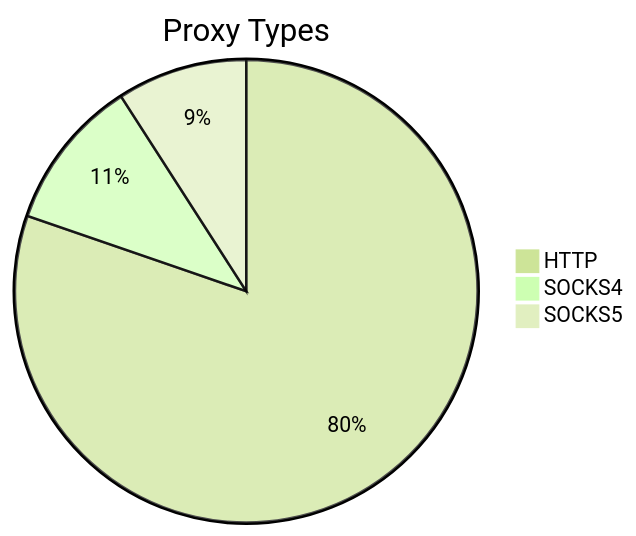
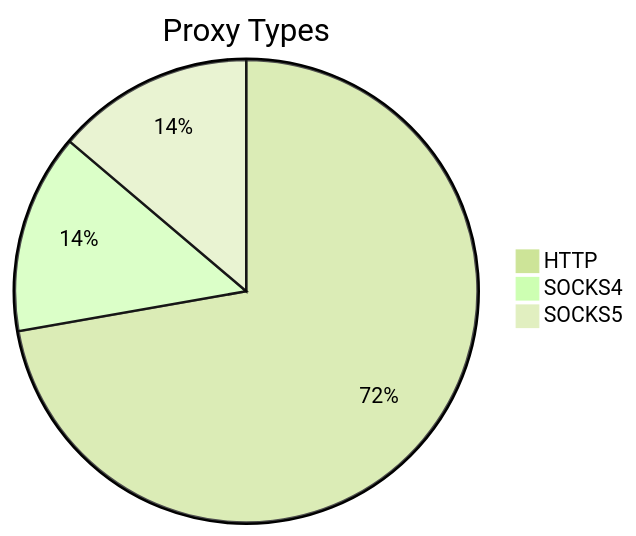
One commit to stormsia/proxy-list changed the first of 2 diagrams in README.md. Above: the diagram before and after it, drawn with Mermaid (forest theme). The commit also changed other lines of this file, not shown here.

````diff
--- a/README.md
+++ b/README.md
@@ -21,6 +21,6 @@
 ```mermaid
 pie title Proxy Types
-    "HTTP" : 521
-    "SOCKS4" : 69
-    "SOCKS5" : 59
+    "HTTP" : 471
+    "SOCKS4" : 91
+    "SOCKS5" : 90
 ```
````
